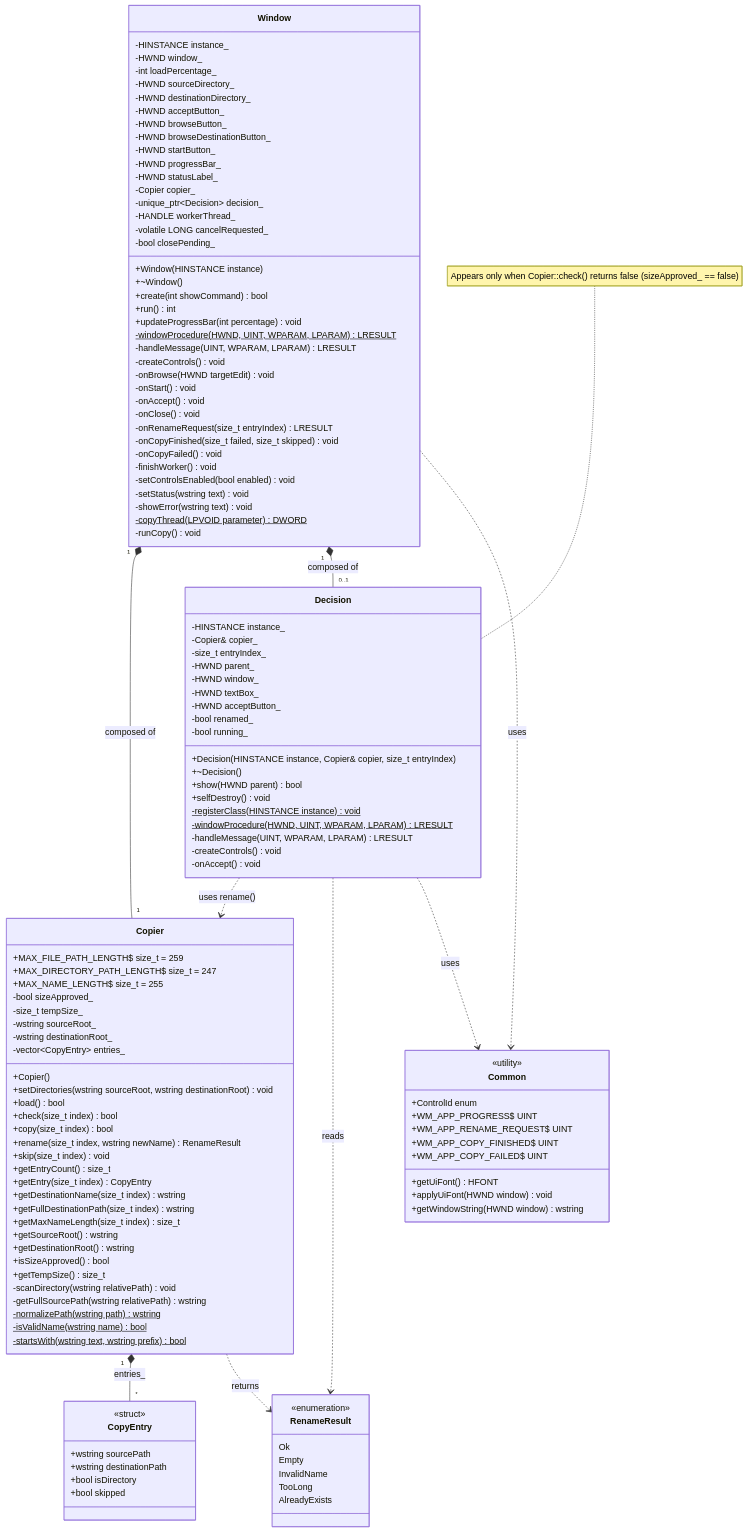
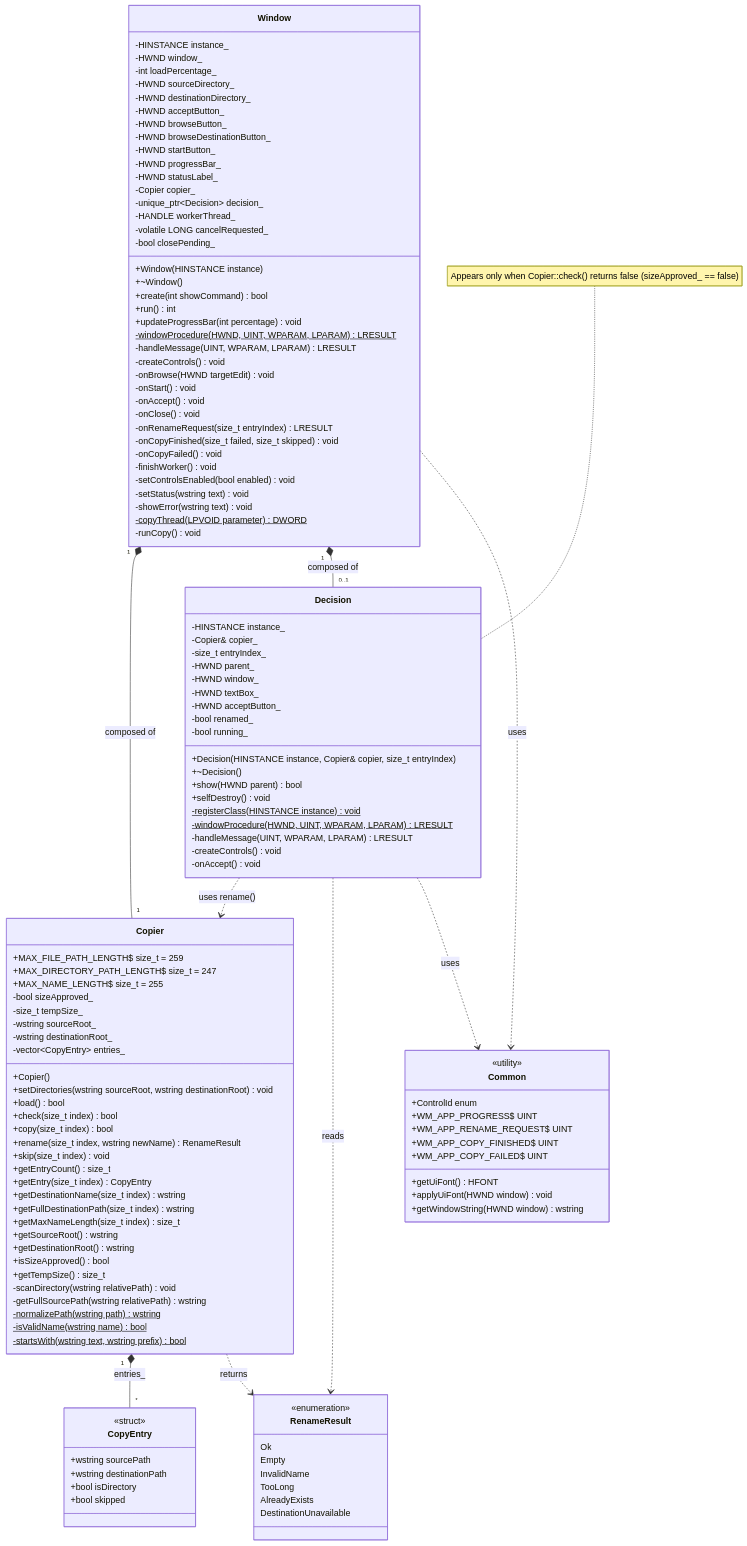
The diagram in docs/class_diagram.md (cristalmirror/fullcopy), drawn with Mermaid before and after one commit. The commit also changed 4 other files, not shown here.

```diff
--- a/docs/class_diagram.md
+++ b/docs/class_diagram.md
@@ -114,6 +114,7 @@
         InvalidName
         TooLong
         AlreadyExists
+        DestinationUnavailable
     }
 
     class Common {
```
